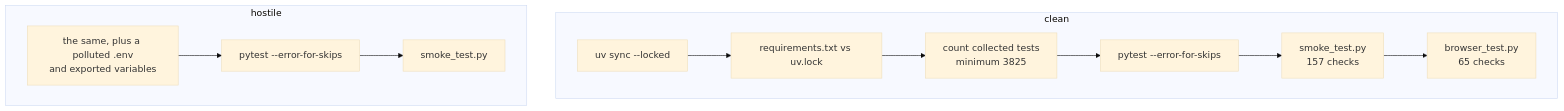
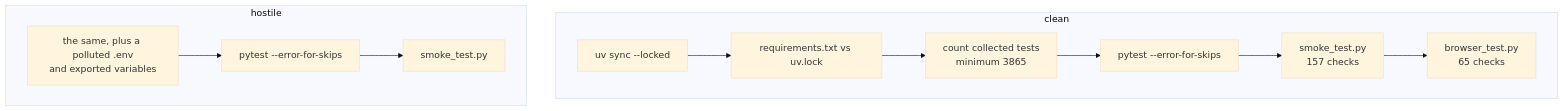
Before and after one commit to IAMN1/link-shortener: the diagram in docs/testing.md, drawn with Mermaid (base theme). The commit also changed other lines of this file and 32 other files, not shown here.

````diff
--- a/docs/testing.md
+++ b/docs/testing.md
@@ -409,12 +409,12 @@
 ```mermaid
 flowchart TD
     subgraph clean["clean"]
         C1[uv sync --locked] --> C2[requirements.txt vs uv.lock]
-        C2 --> C3[count collected tests<br/>minimum 3825] --> C4[pytest --error-for-skips]
+        C2 --> C3[count collected tests<br/>minimum 3865] --> C4[pytest --error-for-skips]
         C4 --> C5[smoke_test.py<br/>157 checks] --> C6[browser_test.py<br/>65 checks]
     end
     subgraph hostile["hostile"]
         H1[the same, plus a polluted .env<br/>and exported variables] --> H2[pytest --error-for-skips]
         H2 --> H3[smoke_test.py]
     end
 ```
````
